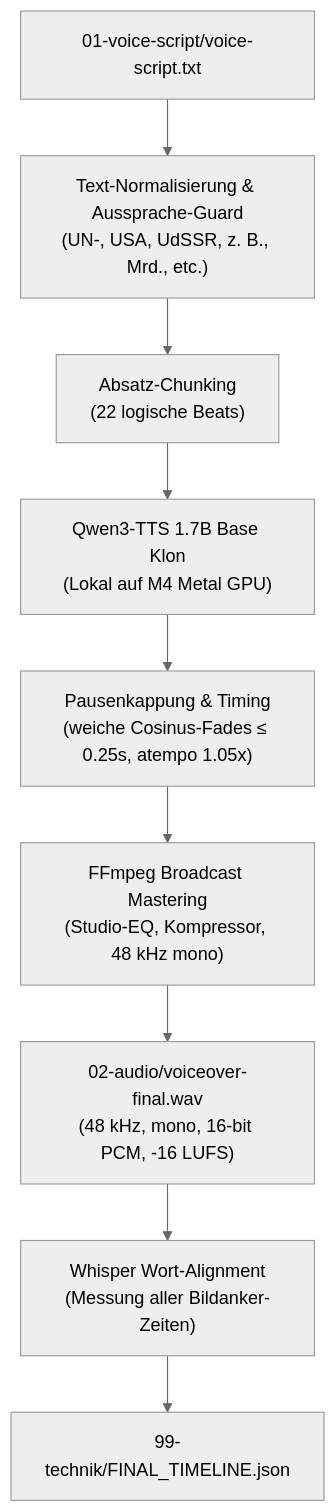
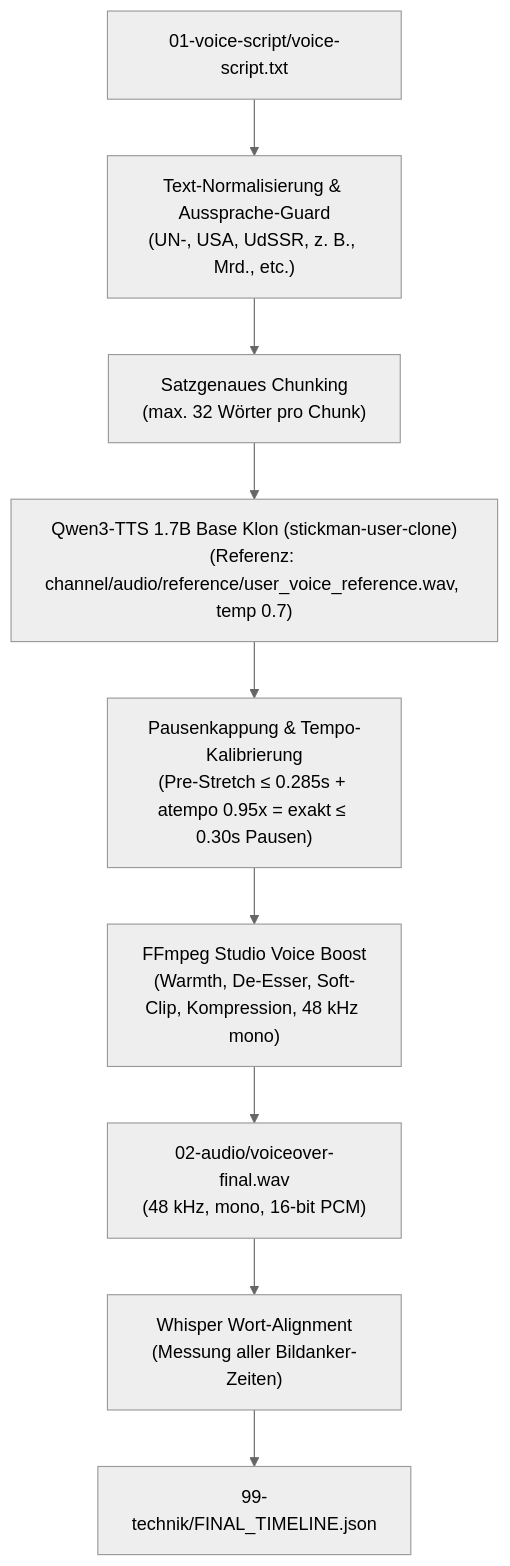
One commit to memetreza34-ux/erklaer-reels changed the diagram in docs/VOICE_GENERATION_GUIDE.md. Above: the diagram before and after it, drawn with Mermaid (neutral theme). The commit also changed other lines of this file and 9 other files, not shown here.

Commit message:
feat(voice): unify on calibrated stickman-user-clone (0.95x tempo, 0.30s pauses) and remove legacy voices

````diff
--- a/docs/VOICE_GENERATION_GUIDE.md
+++ b/docs/VOICE_GENERATION_GUIDE.md
@@ -20,11 +23,11 @@
 ```mermaid
 flowchart TD
     Script["01-voice-script/voice-script.txt"] --> Norm["Text-Normalisierung & Aussprache-Guard<br/>(UN-, USA, UdSSR, z. B., Mrd., etc.)"]
-    Norm --> Chunks["Absatz-Chunking<br/>(22 logische Beats)"]
-    Chunks --> TTS["Qwen3-TTS 1.7B Base Klon<br/>(Lokal auf M4 Metal GPU)"]
-    TTS --> PauseCapping["Pausenkappung & Timing<br/>(weiche Cosinus-Fades ≤ 0.25s, atempo 1.05x)"]
-    PauseCapping --> Concat["FFmpeg Broadcast Mastering<br/>(Studio-EQ, Kompressor, 48 kHz mono)"]
-    Concat --> MasterWAV["02-audio/voiceover-final.wav<br/>(48 kHz, mono, 16-bit PCM, -16 LUFS)"]
+    Norm --> Chunks["Satzgenaues Chunking<br/>(max. 32 Wörter pro Chunk)"]
+    Chunks --> TTS["Qwen3-TTS 1.7B Base Klon (stickman-user-clone)<br/>(Referenz: channel/audio/reference/user_voice_reference.wav, temp 0.7)"]
+    TTS --> PauseCapping["Pausenkappung & Tempo-Kalibrierung<br/>(Pre-Stretch ≤ 0.285s + atempo 0.95x = exakt ≤ 0.30s Pausen)"]
+    PauseCapping --> Concat["FFmpeg Studio Voice Boost<br/>(Warmth, De-Esser, Soft-Clip, Kompression, 48 kHz mono)"]
+    Concat --> MasterWAV["02-audio/voiceover-final.wav<br/>(48 kHz, mono, 16-bit PCM)"]
     MasterWAV --> Whisper["Whisper Wort-Alignment<br/>(Messung aller Bildanker-Zeiten)"]
     Whisper --> Timeline["99-technik/FINAL_TIMELINE.json"]
 ```
````
